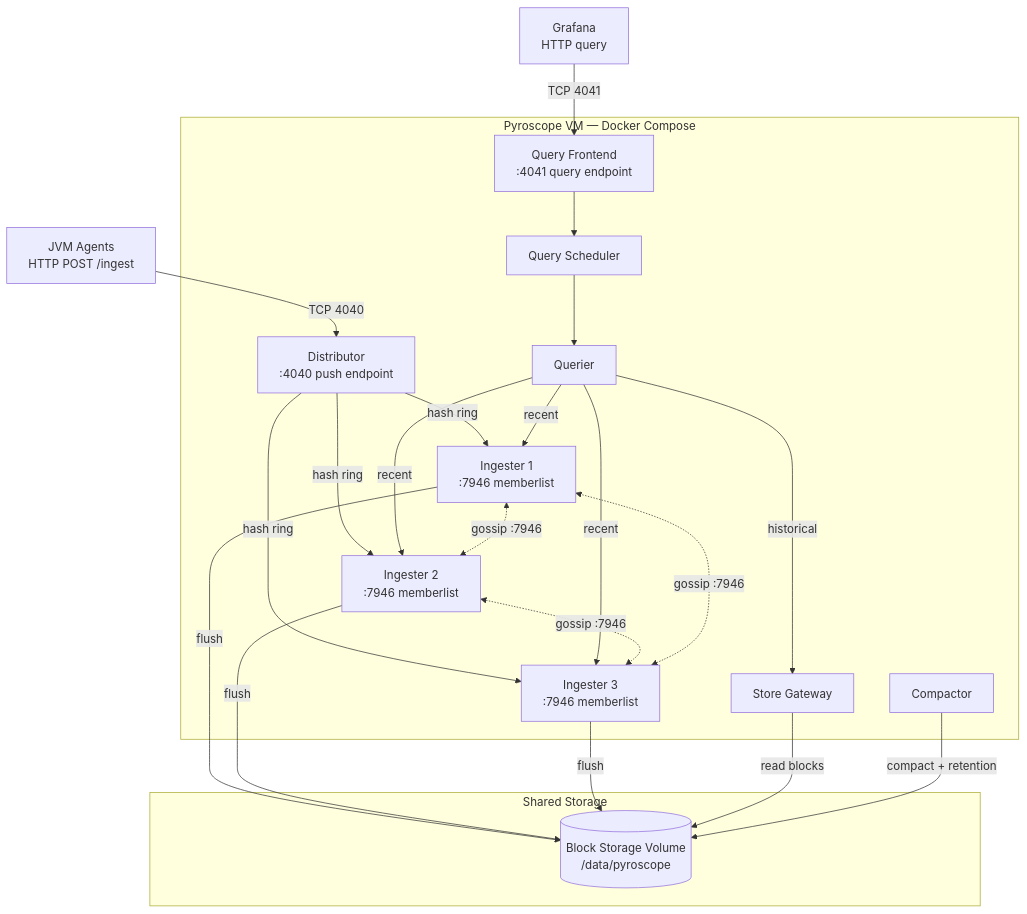
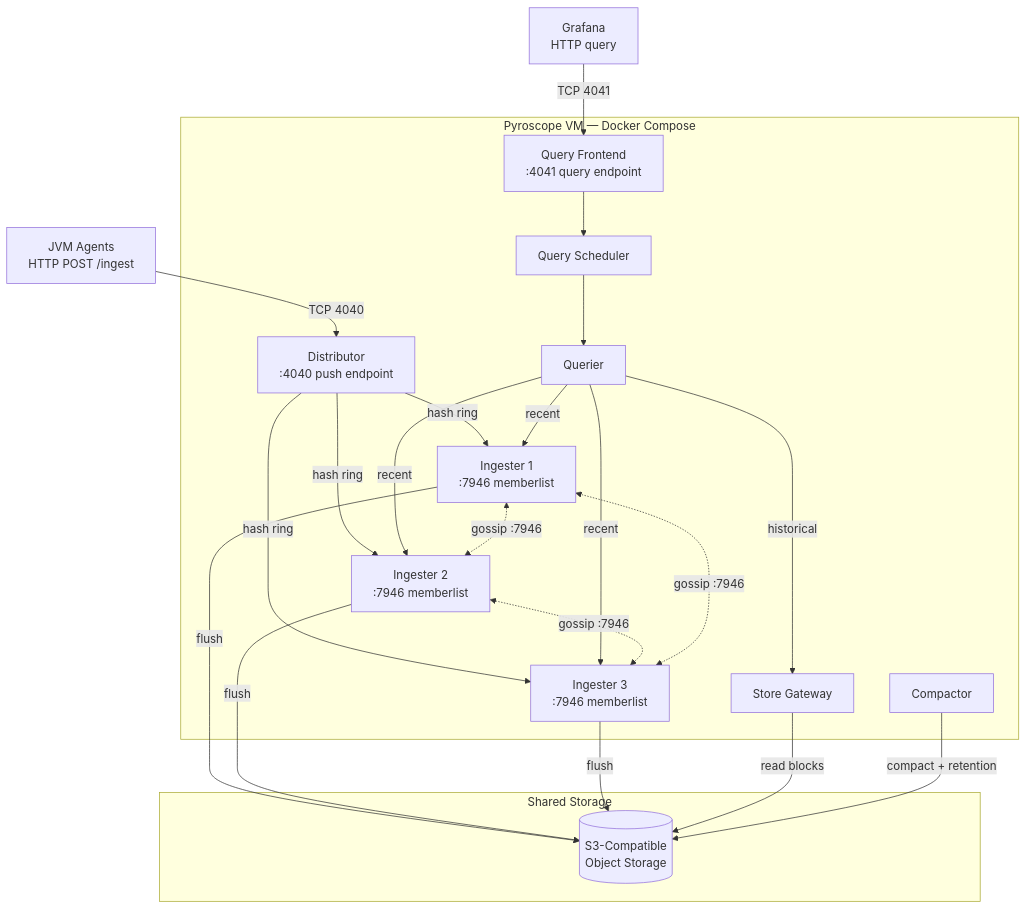
One commit to aff0gat000/pyroscope changed the sixth of 12 diagrams in docs/architecture.md. Above: the diagram before and after it, drawn with Mermaid. The commit also changed other lines of this file and 26 other files, not shown here.

First line of the commit message:
Replace block storage with S3-compatible object storage across all docs and configs

````diff
--- a/docs/architecture.md
+++ b/docs/architecture.md
@@ -391,44 +391,44 @@
 ```mermaid
 graph TB
     Agent["JVM Agents<br/>HTTP POST /ingest"]
     Grafana["Grafana<br/>HTTP query"]
 
     subgraph "Pyroscope VM — Docker Compose"
         DIST["Distributor<br/>:4040 push endpoint"]
         ING1["Ingester 1<br/>:7946 memberlist"]
         ING2["Ingester 2<br/>:7946 memberlist"]
         ING3["Ingester 3<br/>:7946 memberlist"]
         QF["Query Frontend<br/>:4041 query endpoint"]
         QS["Query Scheduler"]
         Q["Querier"]
         SG["Store Gateway"]
         C["Compactor"]
 
         DIST -->|"hash ring"| ING1
         DIST -->|"hash ring"| ING2
         DIST -->|"hash ring"| ING3
 
         QF --> QS --> Q
         Q -->|"recent"| ING1
         Q -->|"recent"| ING2
         Q -->|"recent"| ING3
         Q -->|"historical"| SG
 
         ING1 <-.->|"gossip :7946"| ING2
         ING2 <-.->|"gossip :7946"| ING3
         ING3 <-.->|"gossip :7946"| ING1
     end
 
     subgraph "Shared Storage"
-        BS[("Block Storage Volume<br/>/data/pyroscope")]
+        BS[("S3-Compatible<br/>Object Storage")]
     end
 
     Agent -->|"TCP 4040"| DIST
     Grafana -->|"TCP 4041"| QF
 
     ING1 -->|"flush"| BS
     ING2 -->|"flush"| BS
     ING3 -->|"flush"| BS
     SG -->|"read blocks"| BS
     C -->|"compact + retention"| BS
 ```
````
